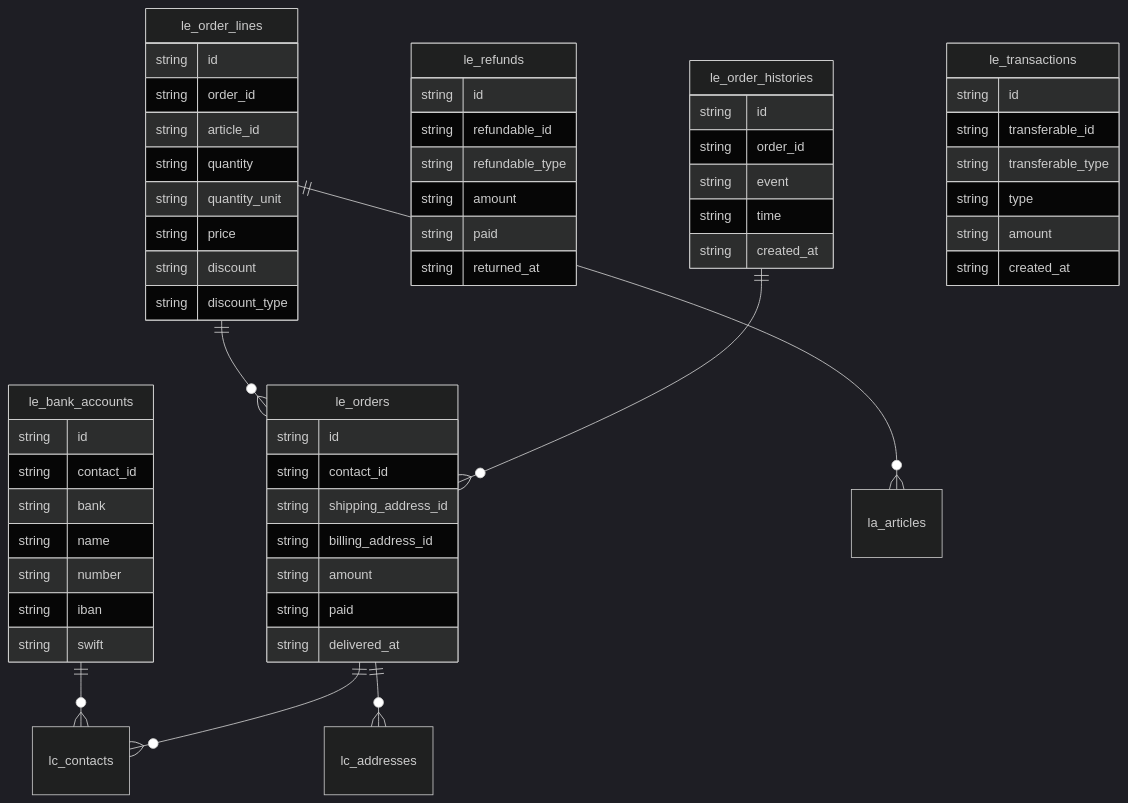
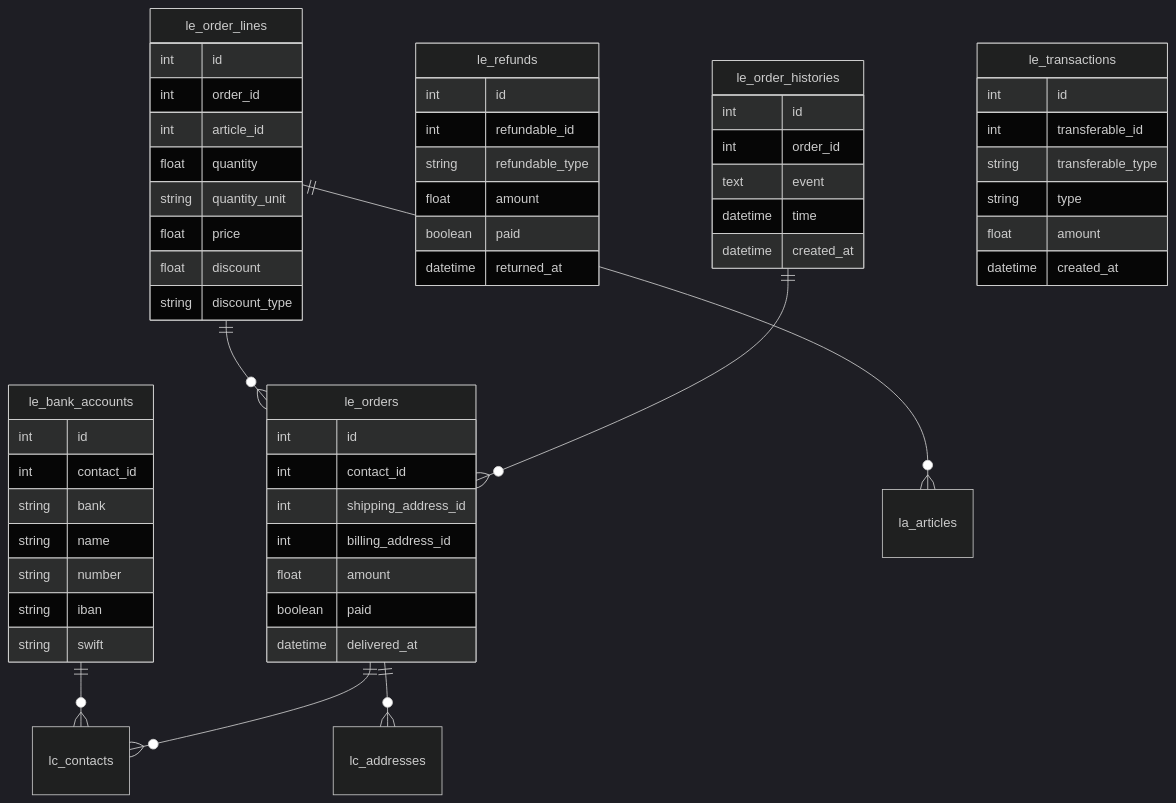
Before and after one commit to grey-dev-0/oaters: the diagram in docs/database/commerce-diagram.md, drawn with Mermaid (dark theme). The commit also changed other lines of this file and 11 other files, not shown here.

````diff
--- a/docs/database/commerce-diagram.md
+++ b/docs/database/commerce-diagram.md
@@ -3,61 +3,61 @@
 ```mermaid
 erDiagram
     le_bank_accounts {
-        string id
-        string contact_id
+        int id
+        int contact_id
         string bank
         string name
         string number
         string iban
         string swift
     }
     le_orders {
-        string id
-        string contact_id
-        string shipping_address_id
-        string billing_address_id
-        string amount
-        string paid
-        string delivered_at
+        int id
+        int contact_id
+        int shipping_address_id
+        int billing_address_id
+        float amount
+        boolean paid
+        datetime delivered_at
     }
     le_order_lines {
-        string id
-        string order_id
-        string article_id
-        string quantity
+        int id
+        int order_id
+        int article_id
+        float quantity
         string quantity_unit
-        string price
-        string discount
+        float price
+        float discount
         string discount_type
     }
     le_refunds {
-        string id
-        string refundable_id
+        int id
+        int refundable_id
         string refundable_type
-        string amount
-        string paid
-        string returned_at
+        float amount
+        boolean paid
+        datetime returned_at
     }
     le_order_histories {
-        string id
-        string order_id
-        string event
-        string time
-        string created_at
+        int id
+        int order_id
+        text event
+        datetime time
+        datetime created_at
     }
     le_transactions {
-        string id
-        string transferable_id
+        int id
+        int transferable_id
         string transferable_type
         string type
-        string amount
-        string created_at
+        float amount
+        datetime created_at
     }
     le_bank_accounts ||--o{ lc_contacts : ""
     le_orders ||--o{ lc_contacts : ""
     le_orders ||--o{ lc_addresses : ""
     le_order_lines ||--o{ le_orders : ""
     le_order_lines ||--o{ la_articles : ""
     le_order_histories ||--o{ le_orders : ""
 
 ```
````
